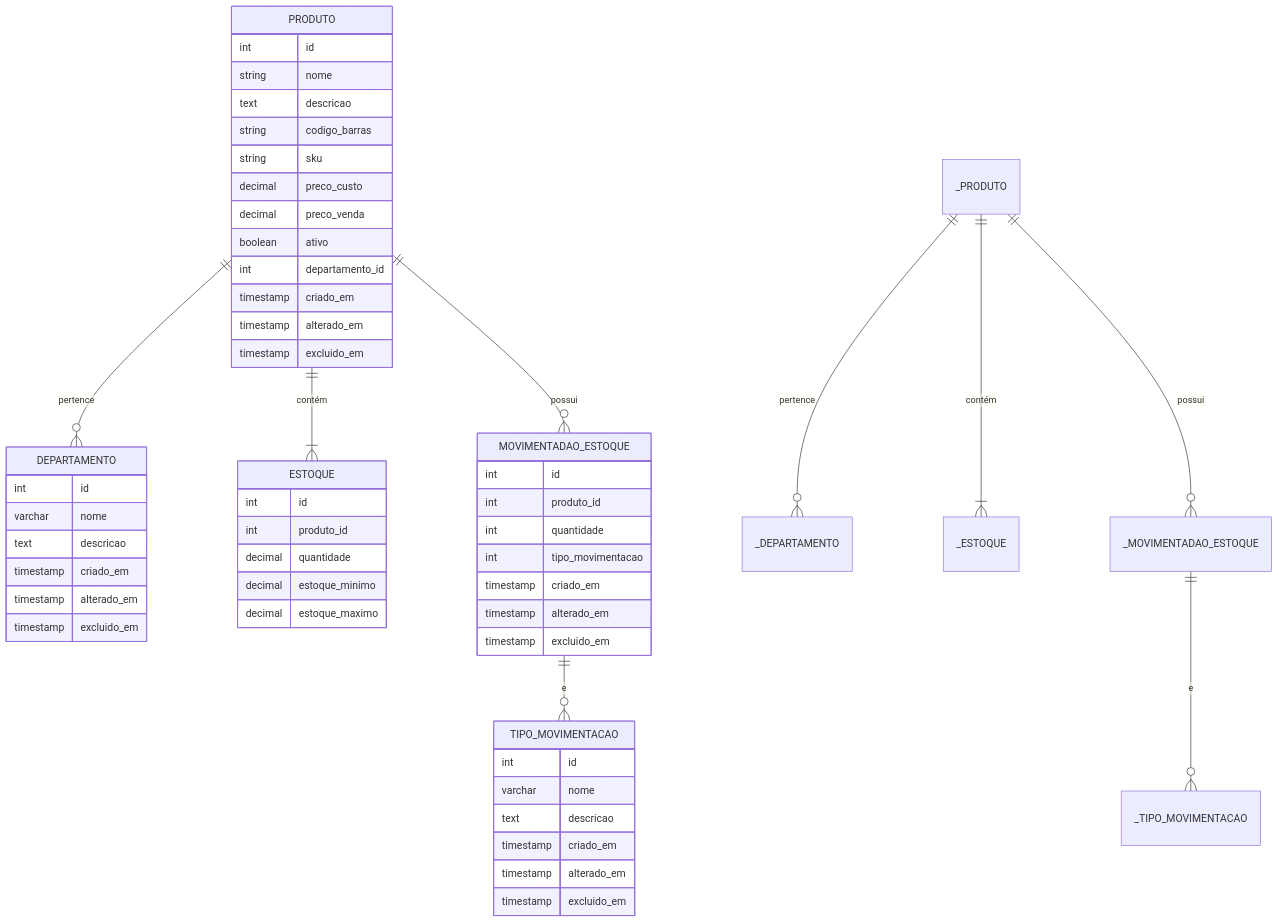
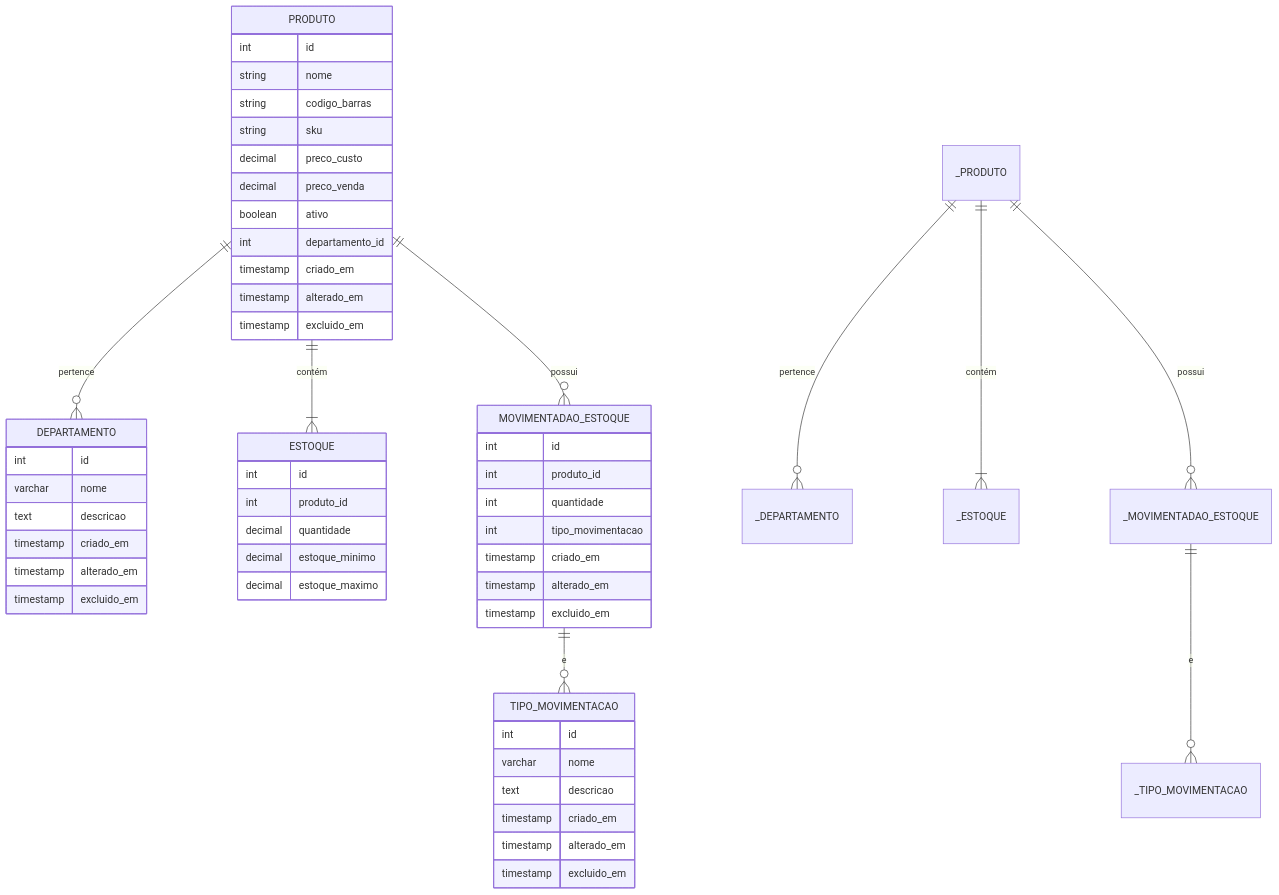
Before and after one commit to gab-szz/pdv-microservicos: the diagram in estoque-microservico/README.md, drawn with Mermaid. The commit also changed 36 other files, not shown here.

````diff
--- a/estoque-microservico/README.md
+++ b/estoque-microservico/README.md
@@ -13,71 +13,70 @@
 ```mermaid
 erDiagram
 direction TB
 
 PRODUTO {
   int id ""
   string nome ""
-  text descricao ""
   string codigo_barras ""
   string sku ""
   decimal preco_custo ""
   decimal preco_venda ""
   boolean ativo ""
   int departamento_id ""
   timestamp criado_em ""
   timestamp alterado_em ""
   timestamp excluido_em ""
 }
 
 DEPARTAMENTO {
   int id ""
   varchar nome
   text descricao
   timestamp criado_em
   timestamp alterado_em
   timestamp excluido_em
 }
 
 ESTOQUE {
   int id ""
   int produto_id ""
   decimal quantidade ""
   decimal estoque_minimo ""
   decimal estoque_maximo ""
 }
 
 MOVIMENTADAO_ESTOQUE {
   int id ""
   int produto_id ""
   int quantidade ""
   int tipo_movimentacao ""
   timestamp criado_em ""
   timestamp alterado_em ""
   timestamp excluido_em ""
 }
 
 TIPO_MOVIMENTACAO {
   int id ""
   varchar nome
   text descricao
   timestamp criado_em
   timestamp alterado_em
   timestamp excluido_em ""
 }
 
 PRODUTO||--o{DEPARTAMENTO:"pertence"
 PRODUTO||--|{ESTOQUE:"contém"
 PRODUTO||--o{MOVIMENTADAO_ESTOQUE:"possui"
 MOVIMENTADAO_ESTOQUE||--o{TIPO_MOVIMENTACAO:"e"
 
 _PRODUTO {}
 _DEPARTAMENTO {}
 _ESTOQUE {}
 _MOVIMENTADAO_ESTOQUE {}
 
 _PRODUTO||--o{_DEPARTAMENTO:"pertence"
 _PRODUTO||--|{_ESTOQUE:"contém"
 _PRODUTO||--o{_MOVIMENTADAO_ESTOQUE:"possui"
 _MOVIMENTADAO_ESTOQUE||--o{_TIPO_MOVIMENTACAO:"e"
 
 ```
````
